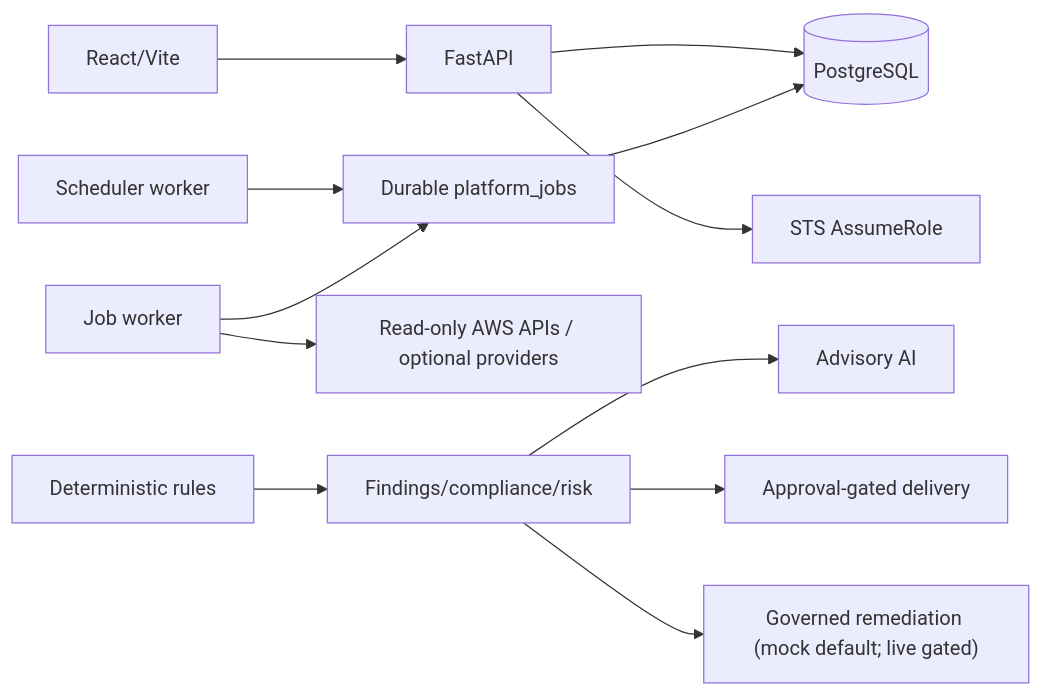
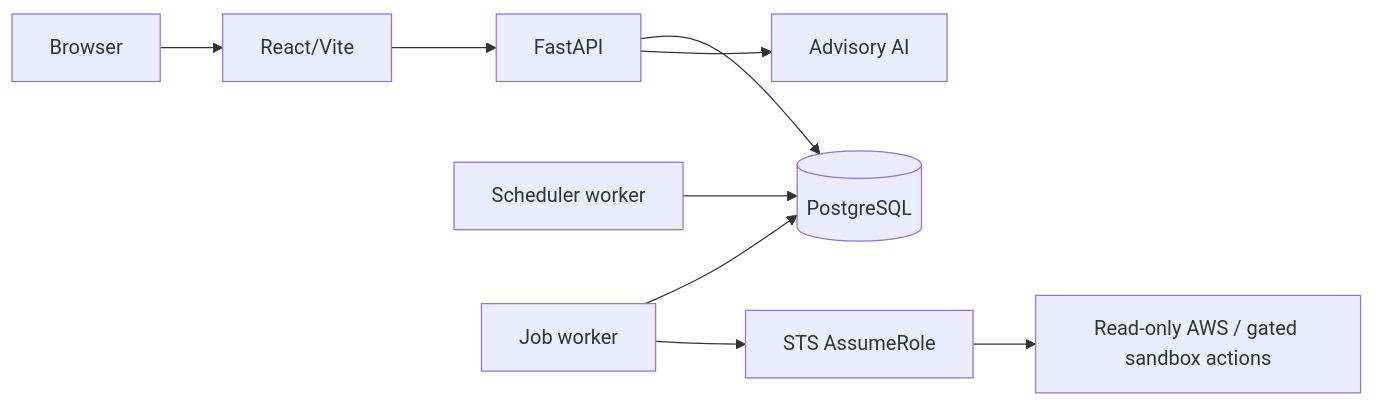
One commit to cloudops-project/CloudOps changed the diagram in README.md. Above: the diagram before and after it, drawn with Mermaid. The commit also changed other lines of this file and 19 other files, not shown here.

Commit message:
docs: synchronize product status and architecture

````diff
--- a/README.md
+++ b/README.md
@@ -54,14 +55,8 @@
 ```mermaid
 flowchart LR
-  Browser["React/Vite"] --> API["FastAPI"]
-  API --> DB[("PostgreSQL")]
-  Scheduler["Scheduler worker"] --> Jobs["Durable platform_jobs"]
-  Worker["Job worker"] --> Jobs
-  Jobs --> DB
-  API --> STS["STS AssumeRole"]
-  Worker --> AWS["Read-only AWS APIs / optional providers"]
-  Rules["Deterministic rules"] --> Findings["Findings/compliance/risk"]
-  Findings --> AI["Advisory AI"]
-  Findings --> Notification["Approval-gated delivery"]
-  Findings --> Remediation["Governed remediation (mock default; live gated)"]
+  Browser --> Web["React/Vite"] --> API["FastAPI"] --> DB[("PostgreSQL")]
+  Scheduler["Scheduler worker"] --> DB
+  Worker["Job worker"] --> DB
+  Worker --> STS["STS AssumeRole"] --> AWS["Read-only AWS / gated sandbox actions"]
+  API --> AI["Advisory AI"]
 ```
````
